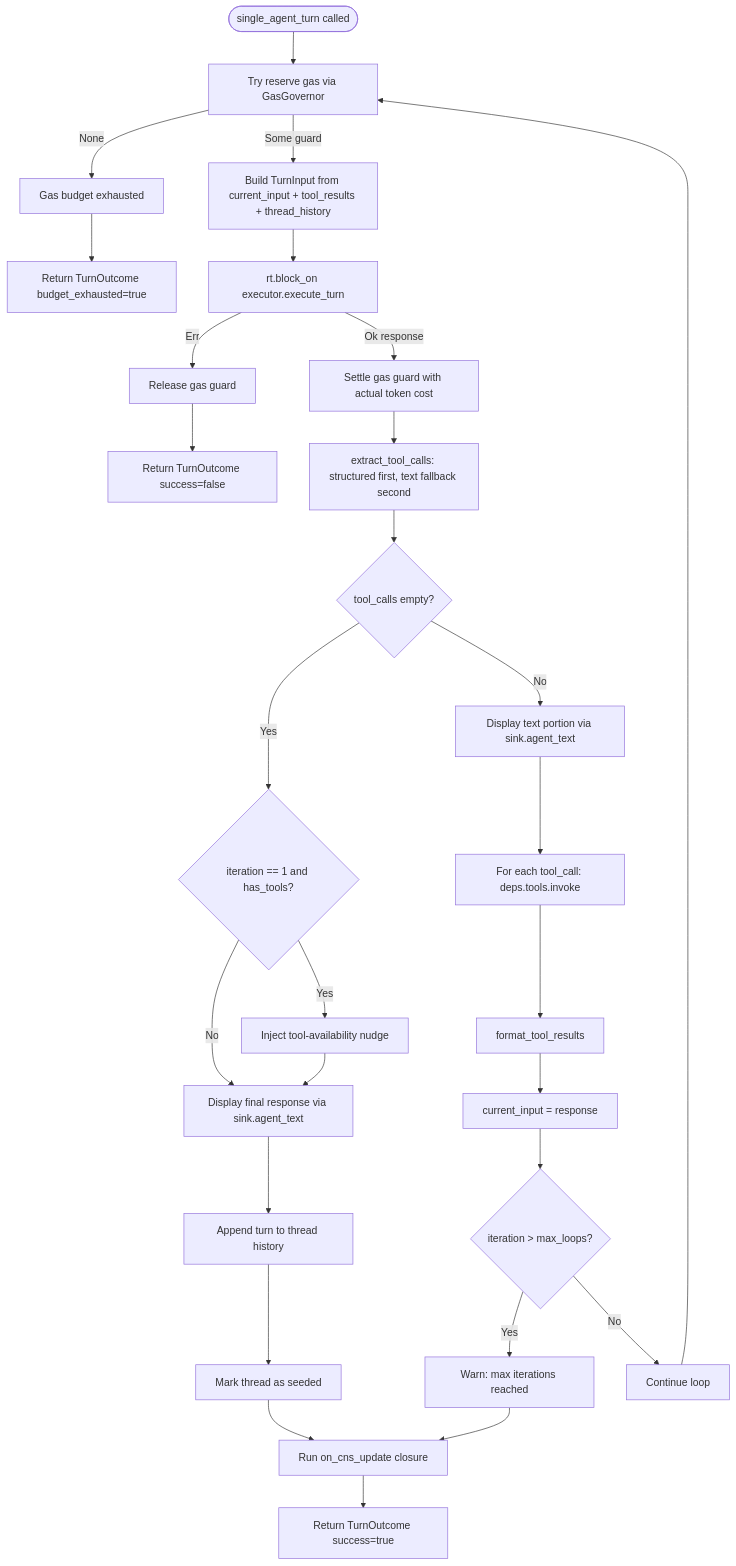
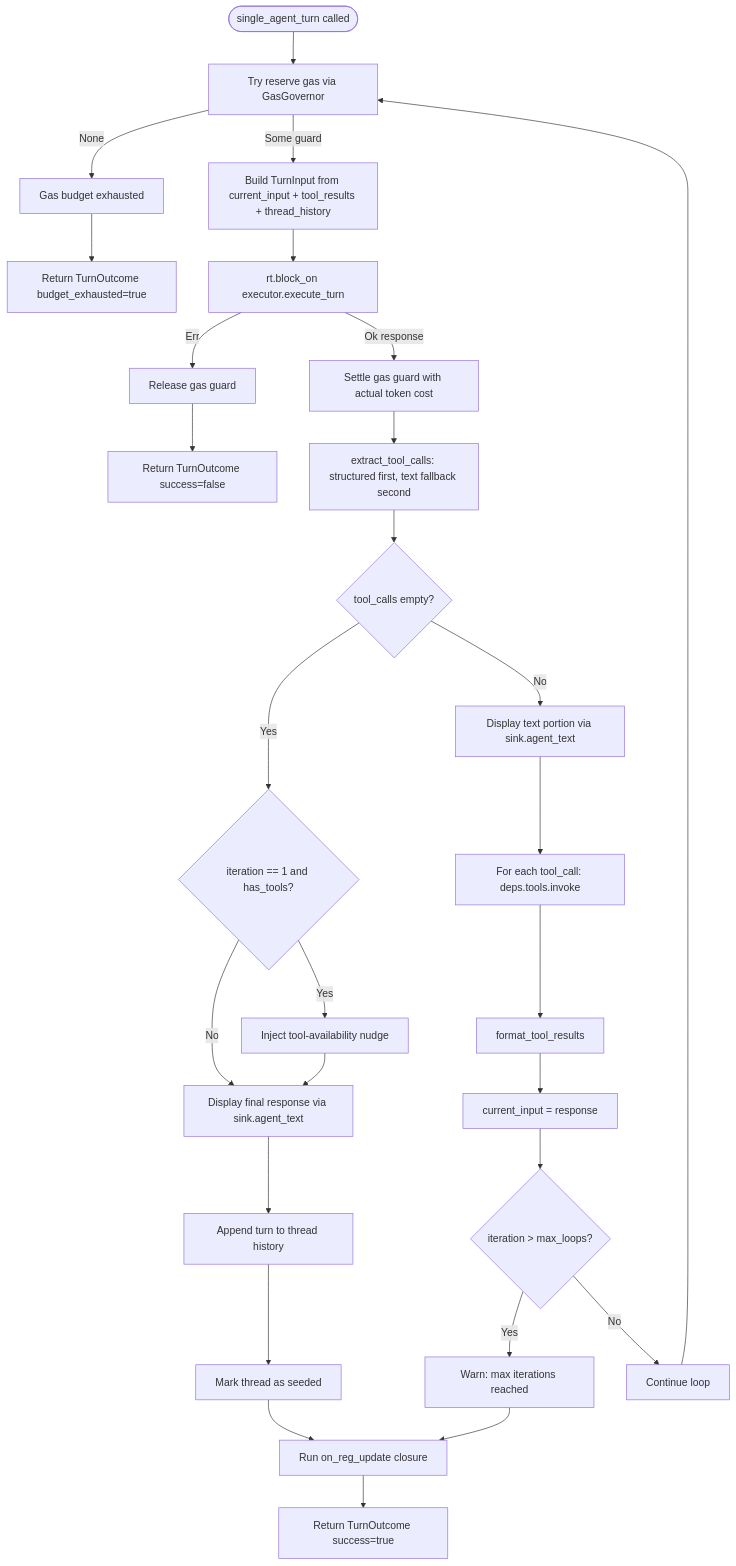
The diagram in docs/diagrams/flowchart-repl-turn-pipeline.md (mdz-axo/hKask), drawn with Mermaid before and after one commit. The commit also changed other lines of this file and 54 other files, not shown here.

````diff
--- a/docs/diagrams/flowchart-repl-turn-pipeline.md
+++ b/docs/diagrams/flowchart-repl-turn-pipeline.md
@@ -15,30 +15,30 @@
 ```mermaid
 flowchart TD
     Start([single_agent_turn called]) --> Reserve[Try reserve gas via GasGovernor]
     Reserve -->|None| GasExhausted[Gas budget exhausted]
     GasExhausted --> ReturnExhausted[Return TurnOutcome budget_exhausted=true]
     Reserve -->|Some guard| BuildInput[Build TurnInput from current_input + tool_results + thread_history]
     BuildInput --> Execute[rt.block_on executor.execute_turn]
     Execute -->|Err| InferenceError[Release gas guard]
     InferenceError --> ReturnError[Return TurnOutcome success=false]
     Execute -->|Ok response| Settle[Settle gas guard with actual token cost]
     Settle --> Extract[extract_tool_calls: structured first, text fallback second]
     Extract --> CheckTools{tool_calls empty?}
     CheckTools -->|Yes| CheckIter{iteration == 1 and has_tools?}
     CheckIter -->|Yes| Nudge[Inject tool-availability nudge]
     CheckIter -->|No| DisplayFinal[Display final response via sink.agent_text]
     Nudge --> DisplayFinal
     DisplayFinal --> AppendThread[Append turn to thread history]
     AppendThread --> MarkSeeded[Mark thread as seeded]
-    MarkSeeded --> CnsUpdate[Run on_cns_update closure]
+    MarkSeeded --> CnsUpdate[Run on_reg_update closure]
     CnsUpdate --> ReturnSuccess[Return TurnOutcome success=true]
     CheckTools -->|No| DisplayText[Display text portion via sink.agent_text]
     DisplayText --> InvokeTools[For each tool_call: deps.tools.invoke]
     InvokeTools --> FormatResults[format_tool_results]
     FormatResults --> SetInput[current_input = response]
     SetInput --> CheckMax{iteration > max_loops?}
     CheckMax -->|Yes| WarnMax[Warn: max iterations reached]
     WarnMax --> CnsUpdate
     CheckMax -->|No| LoopBack[Continue loop]
     LoopBack --> Reserve
 ```
````
